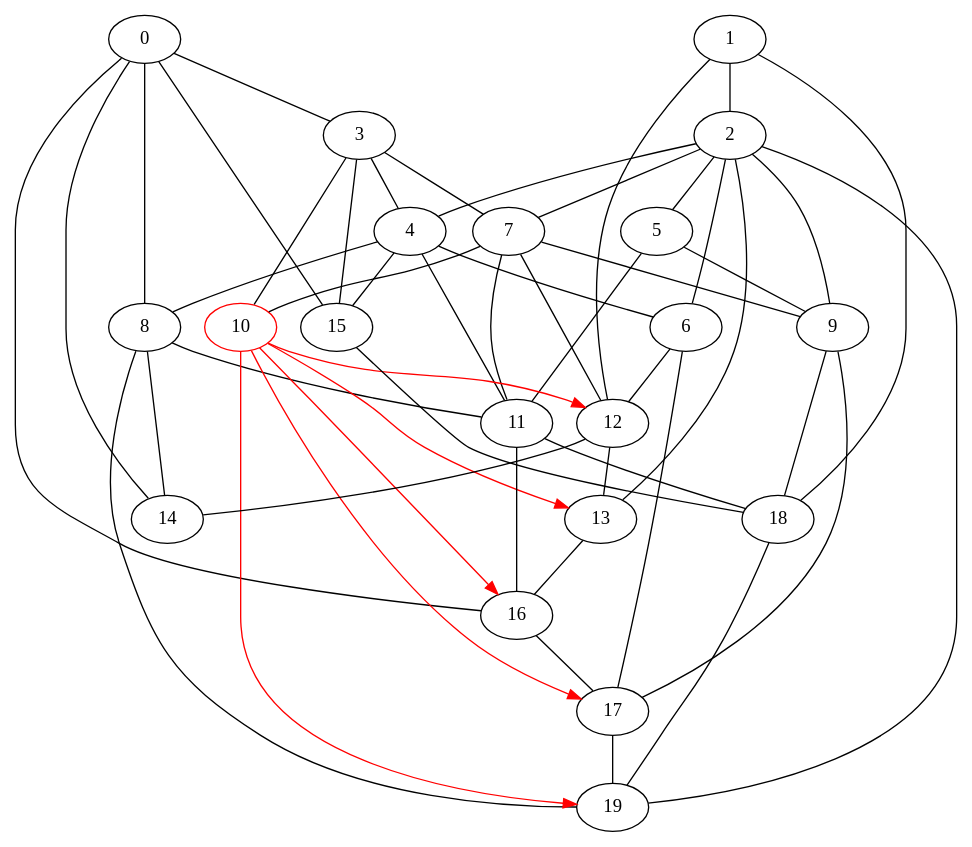
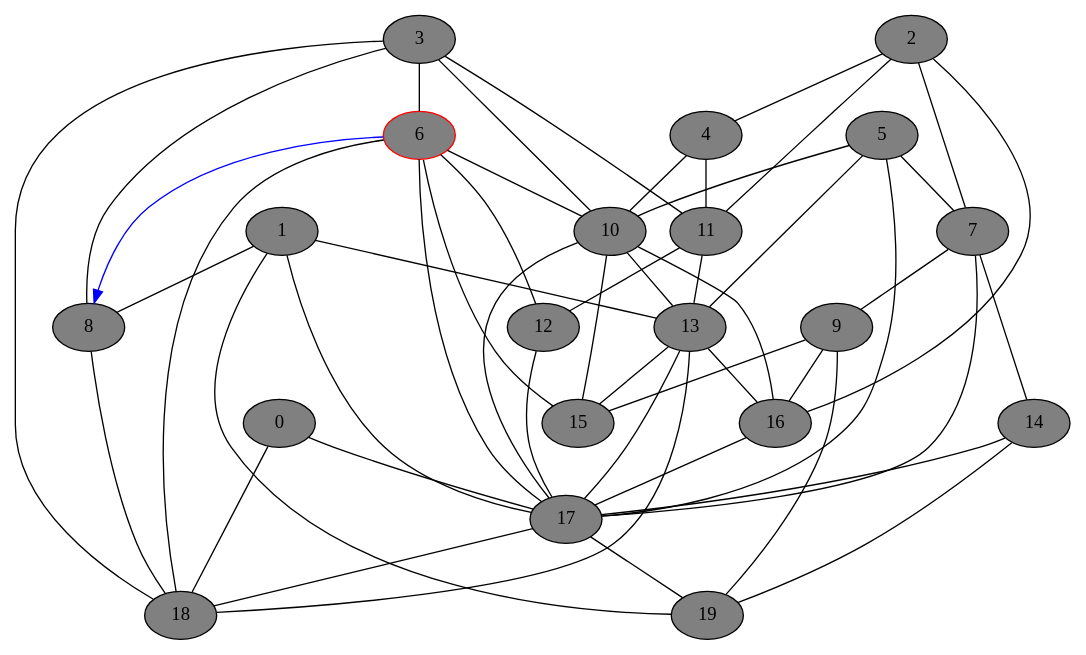
One commit to DSMishler/EBA_models changed the diagram in gv_graphs/nxt0129.dot. Above: the diagram before and after it, drawn with Graphviz. The commit also changed 1043 other files, not shown here.

Commit message:
second set of graphs

```diff
--- a/gv_graphs/nxt0129.dot
+++ b/gv_graphs/nxt0129.dot
@@ -1,74 +1,74 @@
 // network test graph
 digraph
 {
-	0 [fillcolor=gray,style=shaded,]
-	1 [fillcolor=gray,style=shaded,]
-	2 [fillcolor=gray,style=shaded,]
-	3 [fillcolor=gray,style=shaded,]
-	4 [fillcolor=gray,style=shaded,]
-	5 [fillcolor=gray,style=shaded,]
-	6 [fillcolor=gray,style=shaded,]
-	7 [fillcolor=gray,style=shaded,]
-	8 [fillcolor=gray,style=shaded,]
-	9 [fillcolor=gray,style=shaded,]
-	10 [fillcolor=gray,style=shaded,color=red,]
-	11 [fillcolor=gray,style=shaded,]
-	12 [fillcolor=gray,style=shaded,]
-	13 [fillcolor=gray,style=shaded,]
-	14 [fillcolor=gray,style=shaded,]
-	15 [fillcolor=gray,style=shaded,]
-	16 [fillcolor=gray,style=shaded,]
-	17 [fillcolor=gray,style=shaded,]
-	18 [fillcolor=gray,style=shaded,]
-	19 [fillcolor=gray,style=shaded,]
-	0 -> 3 [dir=none]
-	0 -> 8 [dir=none]
-	0 -> 14 [dir=none]
-	0 -> 15 [dir=none]
-	0 -> 16 [dir=none]
-	1 -> 2 [dir=none]
-	1 -> 12 [dir=none]
-	1 -> 18 [dir=none]
+	0 [fillcolor=gray,style=filled,]
+	1 [fillcolor=gray,style=filled,]
+	2 [fillcolor=gray,style=filled,]
+	3 [fillcolor=gray,style=filled,]
+	4 [fillcolor=gray,style=filled,]
+	5 [fillcolor=gray,style=filled,]
+	6 [fillcolor=gray,style=filled,color=red,]
+	7 [fillcolor=gray,style=filled,]
+	8 [fillcolor=gray,style=filled,]
+	9 [fillcolor=gray,style=filled,]
+	10 [fillcolor=gray,style=filled,]
+	11 [fillcolor=gray,style=filled,]
+	12 [fillcolor=gray,style=filled,]
+	13 [fillcolor=gray,style=filled,]
+	14 [fillcolor=gray,style=filled,]
+	15 [fillcolor=gray,style=filled,]
+	16 [fillcolor=gray,style=filled,]
+	17 [fillcolor=gray,style=filled,]
+	18 [fillcolor=gray,style=filled,]
+	19 [fillcolor=gray,style=filled,]
+	0 -> 17 [dir=none]
+	0 -> 18 [dir=none]
+	1 -> 8 [dir=none]
+	1 -> 13 [dir=none]
+	1 -> 17 [dir=none]
+	1 -> 19 [dir=none]
 	2 -> 4 [dir=none]
-	2 -> 5 [dir=none]
-	2 -> 6 [dir=none]
 	2 -> 7 [dir=none]
-	2 -> 9 [dir=none]
-	2 -> 13 [dir=none]
-	2 -> 19 [dir=none]
-	3 -> 4 [dir=none]
-	3 -> 7 [dir=none]
+	2 -> 11 [dir=none]
+	2 -> 16 [dir=none]
+	3 -> 6 [dir=none]
+	3 -> 8 [dir=none]
 	3 -> 10 [dir=none]
-	3 -> 15 [dir=none]
-	4 -> 6 [dir=none]
-	4 -> 8 [dir=none]
+	3 -> 11 [dir=none]
+	3 -> 18 [dir=none]
+	4 -> 10 [dir=none]
 	4 -> 11 [dir=none]
-	4 -> 15 [dir=none]
-	5 -> 9 [dir=none]
-	5 -> 11 [dir=none]
+	5 -> 7 [dir=none]
+	5 -> 10 [dir=none]
+	5 -> 13 [dir=none]
+	5 -> 17 [dir=none]
+	6 -> 8 [dir=forward,color=blue,]
+	6 -> 10 [dir=none]
 	6 -> 12 [dir=none]
+	6 -> 15 [dir=none]
 	6 -> 17 [dir=none]
+	6 -> 18 [dir=none]
 	7 -> 9 [dir=none]
-	7 -> 10 [dir=none]
-	7 -> 11 [dir=none]
-	7 -> 12 [dir=none]
-	8 -> 11 [dir=none]
-	8 -> 14 [dir=none]
-	8 -> 19 [dir=none]
-	9 -> 17 [dir=none]
-	9 -> 18 [dir=none]
-	10 -> 12 [dir=forward,color=red,]
-	10 -> 13 [dir=forward,color=red,]
-	10 -> 16 [dir=forward,color=red,]
-	10 -> 17 [dir=forward,color=red,]
-	10 -> 19 [dir=forward,color=red,]
-	11 -> 16 [dir=none]
-	11 -> 18 [dir=none]
-	12 -> 13 [dir=none]
-	12 -> 14 [dir=none]
+	7 -> 14 [dir=none]
+	7 -> 17 [dir=none]
+	8 -> 18 [dir=none]
+	9 -> 15 [dir=none]
+	9 -> 16 [dir=none]
+	9 -> 19 [dir=none]
+	10 -> 13 [dir=none]
+	10 -> 15 [dir=none]
+	10 -> 16 [dir=none]
+	10 -> 17 [dir=none]
+	11 -> 12 [dir=none]
+	11 -> 13 [dir=none]
+	12 -> 17 [dir=none]
+	13 -> 15 [dir=none]
 	13 -> 16 [dir=none]
-	15 -> 18 [dir=none]
+	13 -> 17 [dir=none]
+	13 -> 18 [dir=none]
+	14 -> 17 [dir=none]
+	14 -> 19 [dir=none]
 	16 -> 17 [dir=none]
+	17 -> 18 [dir=none]
 	17 -> 19 [dir=none]
-	18 -> 19 [dir=none]
 }
```
